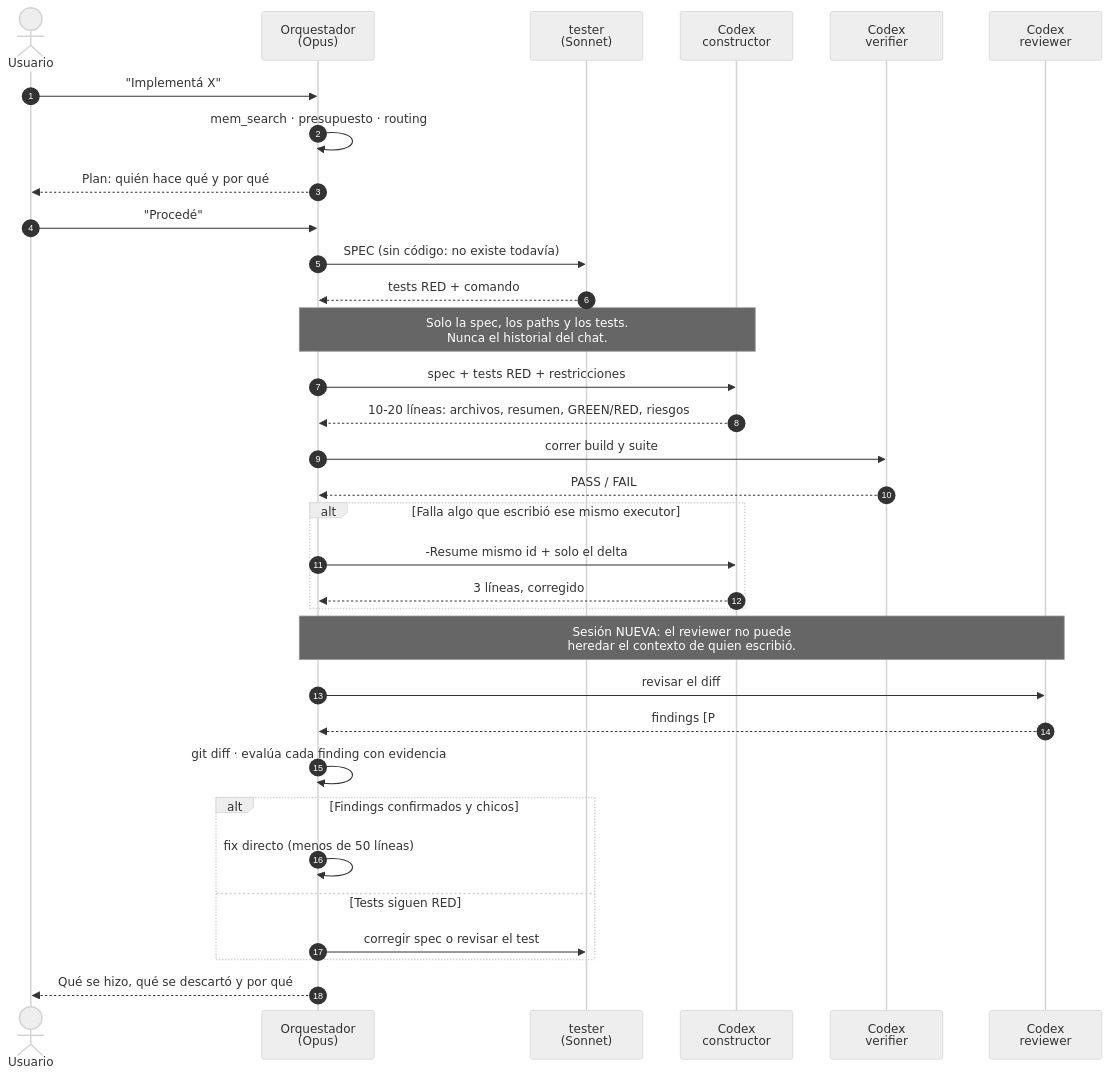
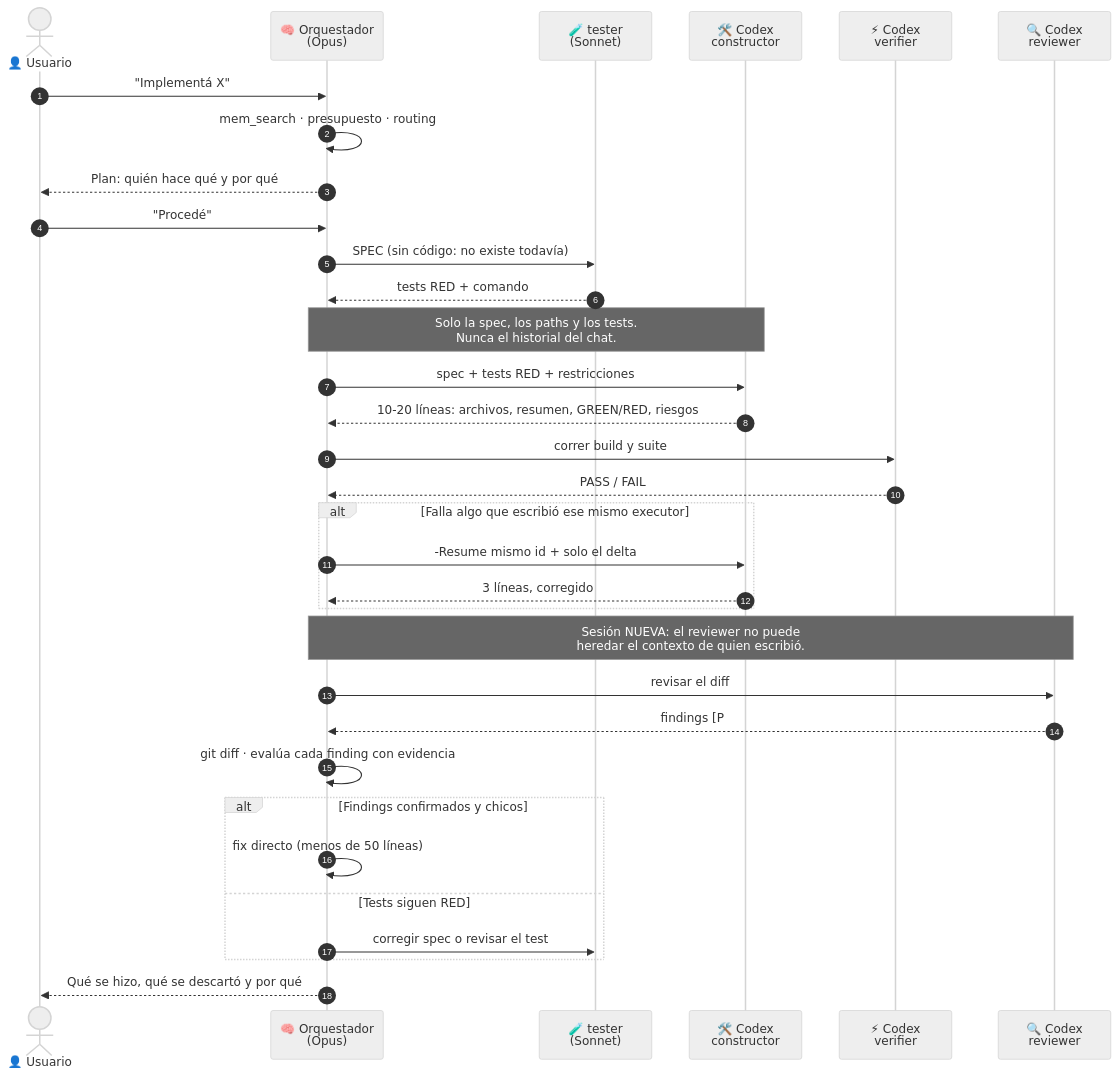
The fifth of 5 diagrams in README.md (Javier12301/ClaudeGPT), drawn with Mermaid (neutral theme) before and after one commit. The commit also changed other lines of this file and 1 other file, not shown here.

````diff
--- a/README.md
+++ b/README.md
@@ -495,44 +501,44 @@
 ```mermaid
 sequenceDiagram
     autonumber
-    actor U as Usuario
-    participant O as Orquestador<br/>(Opus)
-    participant T as tester<br/>(Sonnet)
-    participant X as Codex<br/>constructor
-    participant V as Codex<br/>verifier
-    participant R as Codex<br/>reviewer
+    actor U as 👤 Usuario
+    participant O as 🧠 Orquestador<br/>(Opus)
+    participant T as 🧪 tester<br/>(Sonnet)
+    participant X as 🛠️ Codex<br/>constructor
+    participant V as ⚡ Codex<br/>verifier
+    participant R as 🔍 Codex<br/>reviewer
 
     U->>O: "Implementá X"
     O->>O: mem_search · presupuesto · routing
     O-->>U: Plan: quién hace qué y por qué
     U->>O: "Procedé"
 
     O->>T: SPEC (sin código: no existe todavía)
     T-->>O: tests RED + comando
 
     Note over O,X: Solo la spec, los paths y los tests.<br/>Nunca el historial del chat.
     O->>X: spec + tests RED + restricciones
     X-->>O: 10-20 líneas: archivos, resumen, GREEN/RED, riesgos
 
     O->>V: correr build y suite
     V-->>O: PASS / FAIL
 
     alt Falla algo que escribió ese mismo executor
         O->>X: -Resume mismo id + solo el delta
         X-->>O: 3 líneas, corregido
     end
 
     Note over O,R: Sesión NUEVA: el reviewer no puede<br/>heredar el contexto de quien escribió.
     O->>R: revisar el diff
     R-->>O: findings [P#] archivo:línea
 
     O->>O: git diff · evalúa cada finding con evidencia
 
     alt Findings confirmados y chicos
         O->>O: fix directo (menos de 50 líneas)
     else Tests siguen RED
         O->>T: corregir spec o revisar el test
     end
 
     O-->>U: Qué se hizo, qué se descartó y por qué
 ```
````
